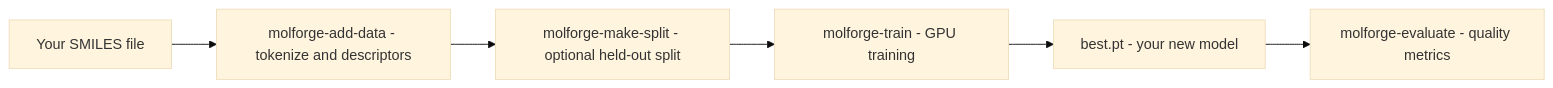
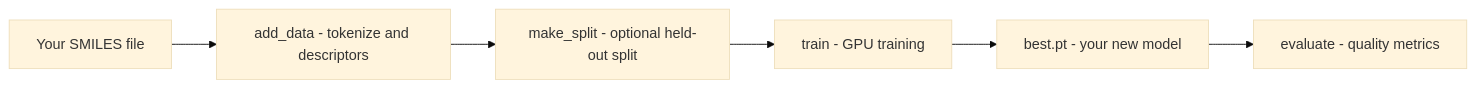
The second of 4 diagrams in README.md (NealKapadia/BatteryGen), drawn with Mermaid (base theme) before and after one commit. The commit also changed other lines of this file and 49 other files, not shown here.

````diff
--- a/README.md
+++ b/README.md
@@ -292,8 +303,8 @@
 ```mermaid
 flowchart LR
-    A["Your SMILES file"] --> B["molforge-add-data - tokenize and descriptors"]
-    B --> C["molforge-make-split - optional held-out split"]
-    C --> D["molforge-train - GPU training"]
+    A["Your SMILES file"] --> B["add_data - tokenize and descriptors"]
+    B --> C["make_split - optional held-out split"]
+    C --> D["train - GPU training"]
     D --> E["best.pt - your new model"]
-    E --> F["molforge-evaluate - quality metrics"]
+    E --> F["evaluate - quality metrics"]
 ```
````
